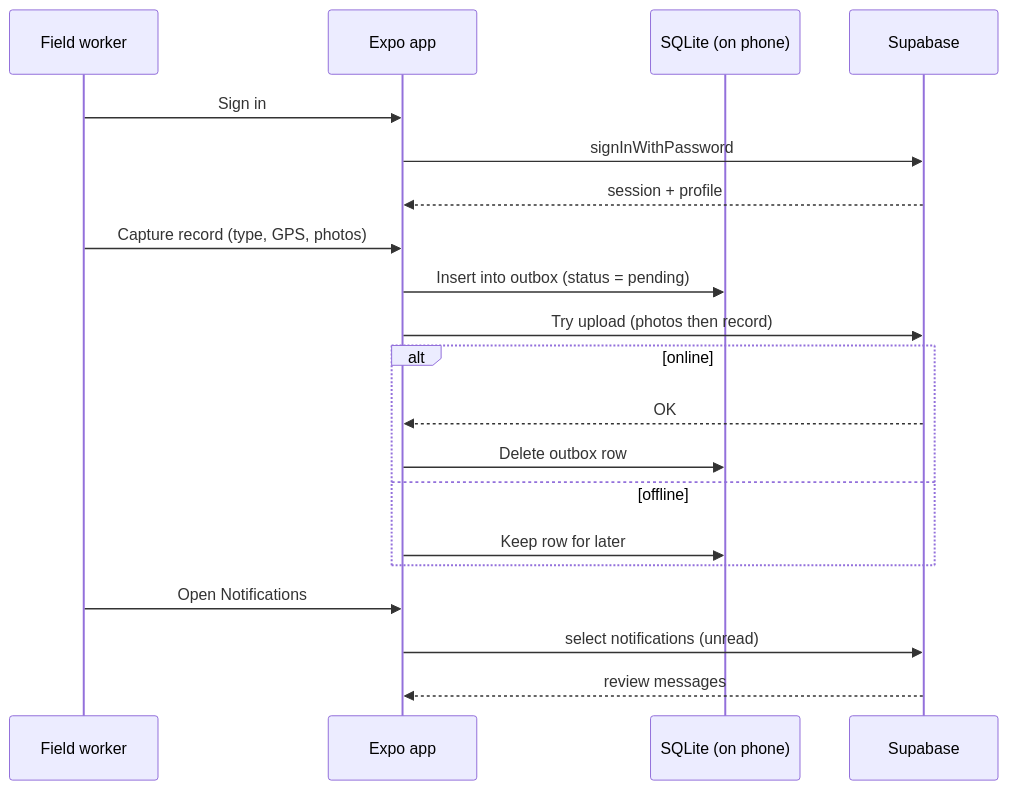
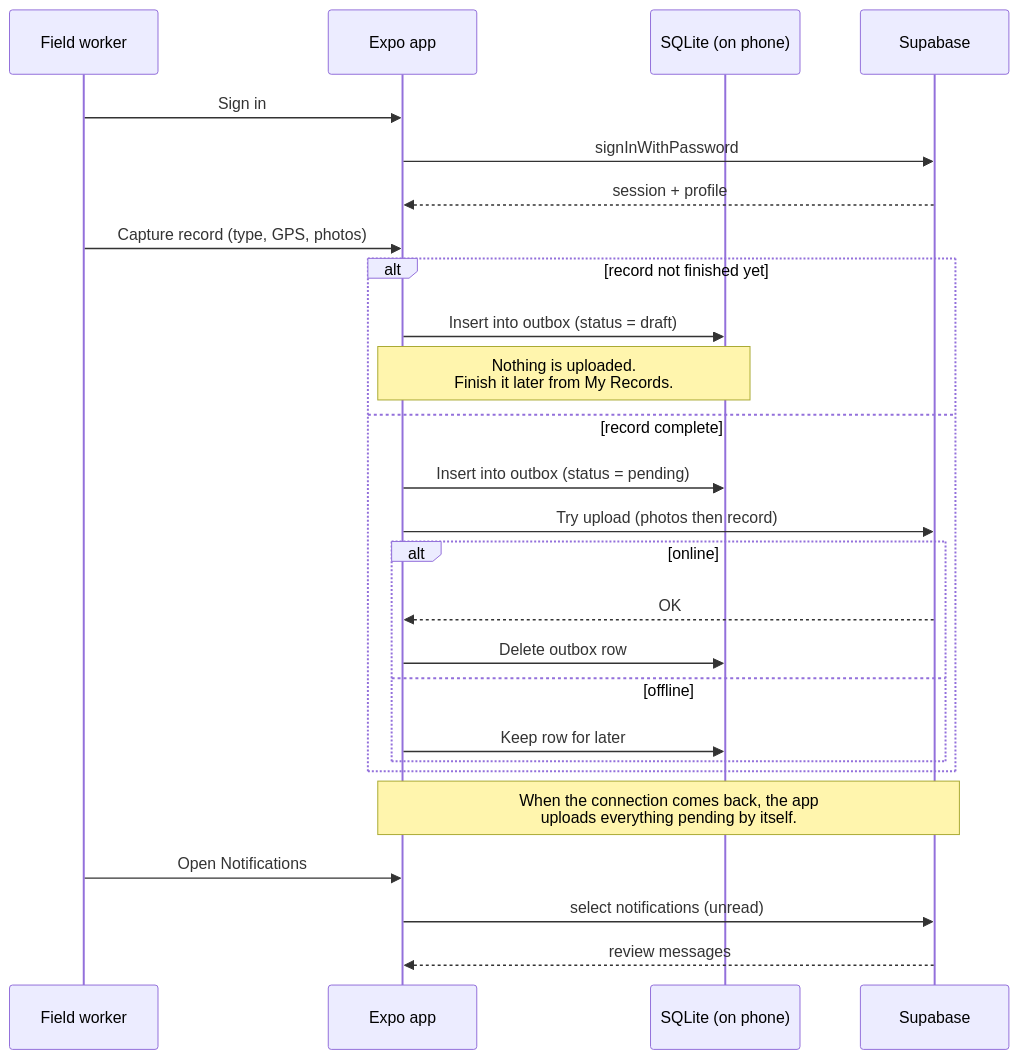
Before and after one commit to yezawtun-afk/millennia-fieldops: the second of 3 diagrams in docs/WORKFLOWS.md, drawn with Mermaid. The commit also changed 25 other files, not shown here.

````diff
--- a/docs/WORKFLOWS.md
+++ b/docs/WORKFLOWS.md
@@ -25,25 +25,32 @@
 ```mermaid
 sequenceDiagram
     participant W as Field worker
     participant App as Expo app
     participant DB as SQLite (on phone)
     participant SB as Supabase
 
     W->>App: Sign in
     App->>SB: signInWithPassword
     SB-->>App: session + profile
 
     W->>App: Capture record (type, GPS, photos)
-    App->>DB: Insert into outbox (status = pending)
-    App->>SB: Try upload (photos then record)
-    alt online
-        SB-->>App: OK
-        App->>DB: Delete outbox row
-    else offline
-        App->>DB: Keep row for later
+    alt record not finished yet
+        App->>DB: Insert into outbox (status = draft)
+        Note over App,DB: Nothing is uploaded.<br/>Finish it later from My Records.
+    else record complete
+        App->>DB: Insert into outbox (status = pending)
+        App->>SB: Try upload (photos then record)
+        alt online
+            SB-->>App: OK
+            App->>DB: Delete outbox row
+        else offline
+            App->>DB: Keep row for later
+        end
     end
+
+    Note over App,SB: When the connection comes back, the app<br/>uploads everything pending by itself.
 
     W->>App: Open Notifications
     App->>SB: select notifications (unread)
     SB-->>App: review messages
 ```
````
